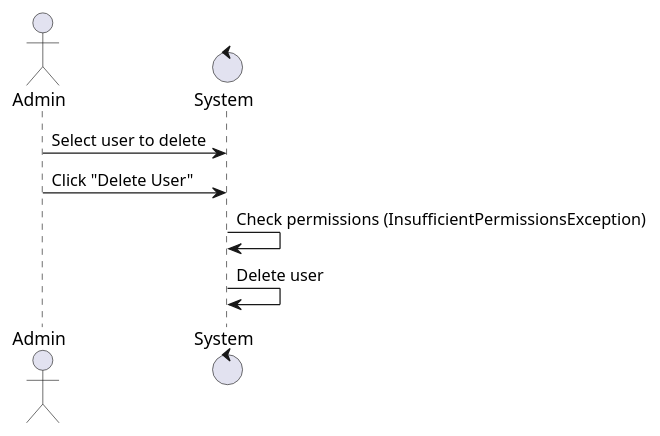
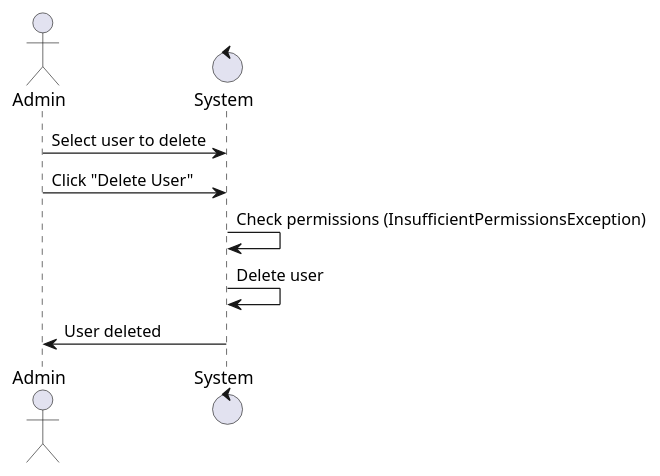
The diagram in docs/use_cases.md (nahornyi-danylo/db-lab6), drawn with PlantUML before and after one commit.

````diff
--- a/docs/use_cases.md
+++ b/docs/use_cases.md
@@ -4,10 +4,11 @@
 ```plantuml
 @startuml
-actor Admin 
+actor Admin
 control System
-Admin -> System: Select user to delete 
-Admin -> System: Click "Delete User" 
-System -> System: Check permissions (InsufficientPermissionsException) 
-System -> System: Delete user 
+Admin -> System: Select user to delete
+Admin -> System: Click "Delete User"
+System -> System: Check permissions (InsufficientPermissionsException)
+System -> System: Delete user
+System -> Admin: User deleted
 @enduml
 ```
````
